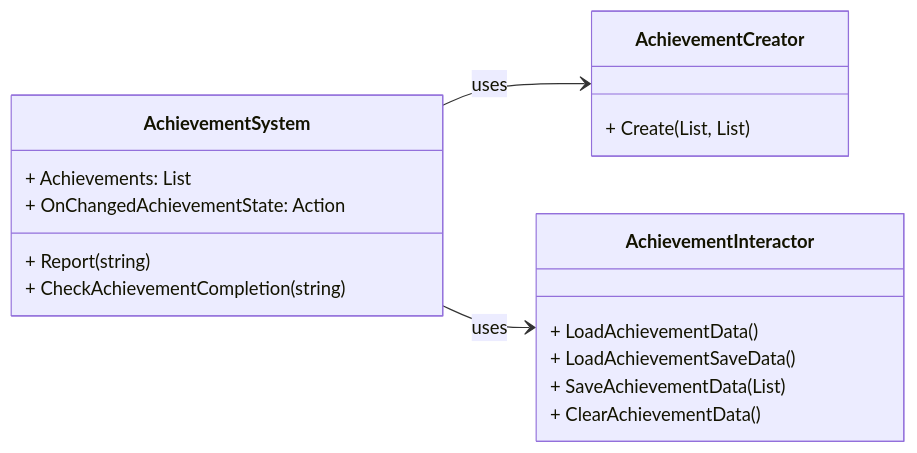
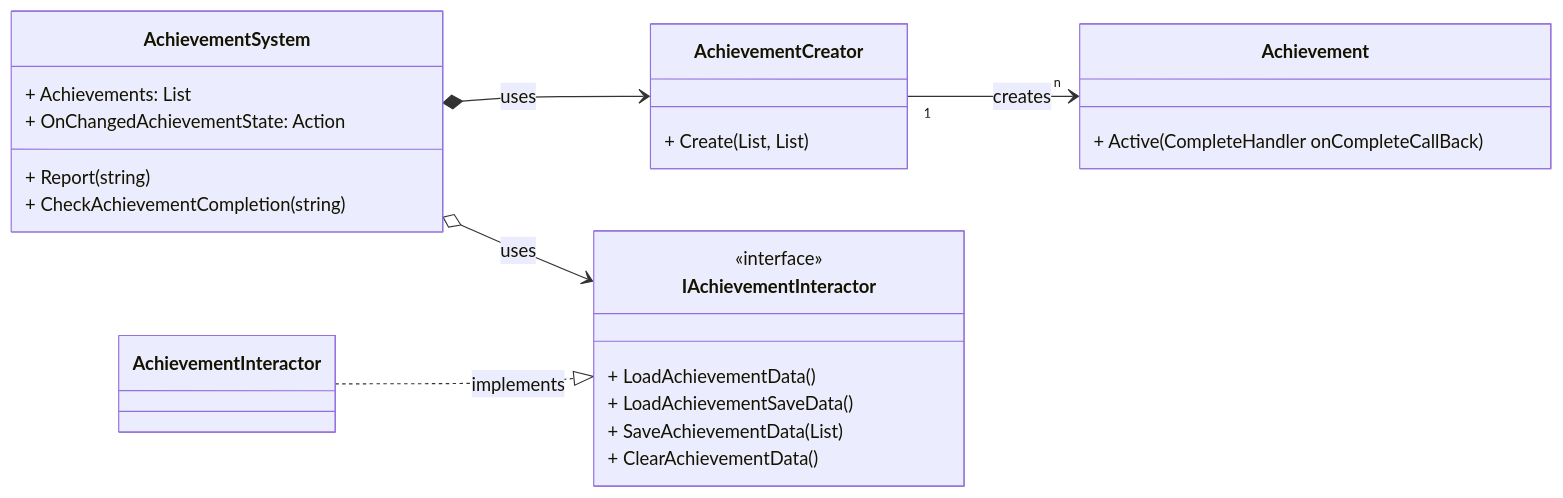
The second of 5 diagrams in content/docs/Projects/SlimeRush/AchievementSystem/Overview.md (CosmicGiantKoala/CosmicGiantKoala.github.io), drawn with Mermaid before and after one commit. The commit also changed other lines of this file and 17 other files, not shown here.

First line of the commit message:
docs: SlimeRush AchievementSystem 문서 구조 개선

````diff
--- a/content/docs/Projects/SlimeRush/AchievementSystem/Overview.md
+++ b/content/docs/Projects/SlimeRush/AchievementSystem/Overview.md
@@ -73,24 +200,35 @@
 ```mermaid
 classDiagram
     direction LR
     class AchievementSystem {
         + Achievements: List<Achievement>
         + Report(string)
         + CheckAchievementCompletion(string)
         + OnChangedAchievementState: Action
     }
 
     class AchievementCreator {
         + Create(List<AchievementSheetData>, List<AchievementSaveData>)
     }
 
-    class AchievementInteractor {
+    class IAchievementInteractor {
+        <<interface>>
         + LoadAchievementData()
         + LoadAchievementSaveData()
         + SaveAchievementData(List<AchievementSaveData>)
         + ClearAchievementData()
     }
+    
+    class AchievementInteractor {
+        
+    }
+    
+    class Achievement {
+        + Active(CompleteHandler onCompleteCallBack)
+    }
 
-    AchievementSystem --> AchievementCreator: uses
-    AchievementSystem --> AchievementInteractor: uses
+    AchievementSystem *--> AchievementCreator: uses
+    AchievementSystem o--> IAchievementInteractor: uses
+    AchievementCreator "1" --> "n" Achievement : creates
+    AchievementInteractor ..|> IAchievementInteractor :implements 
 ```
````
